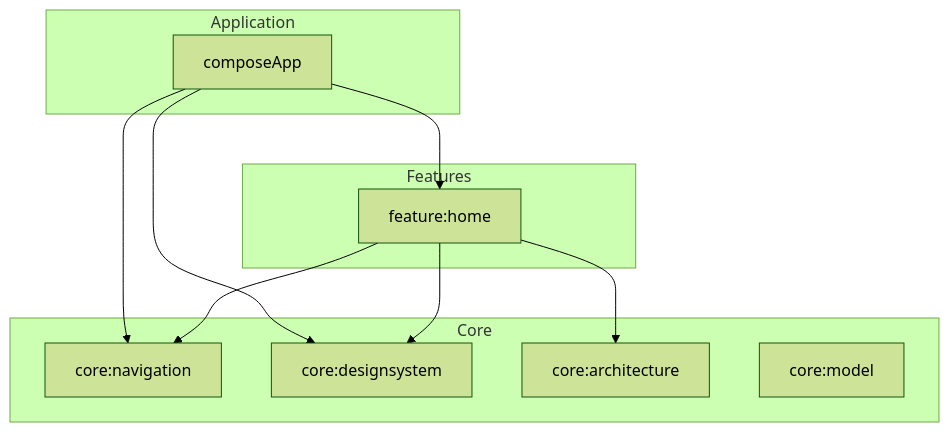
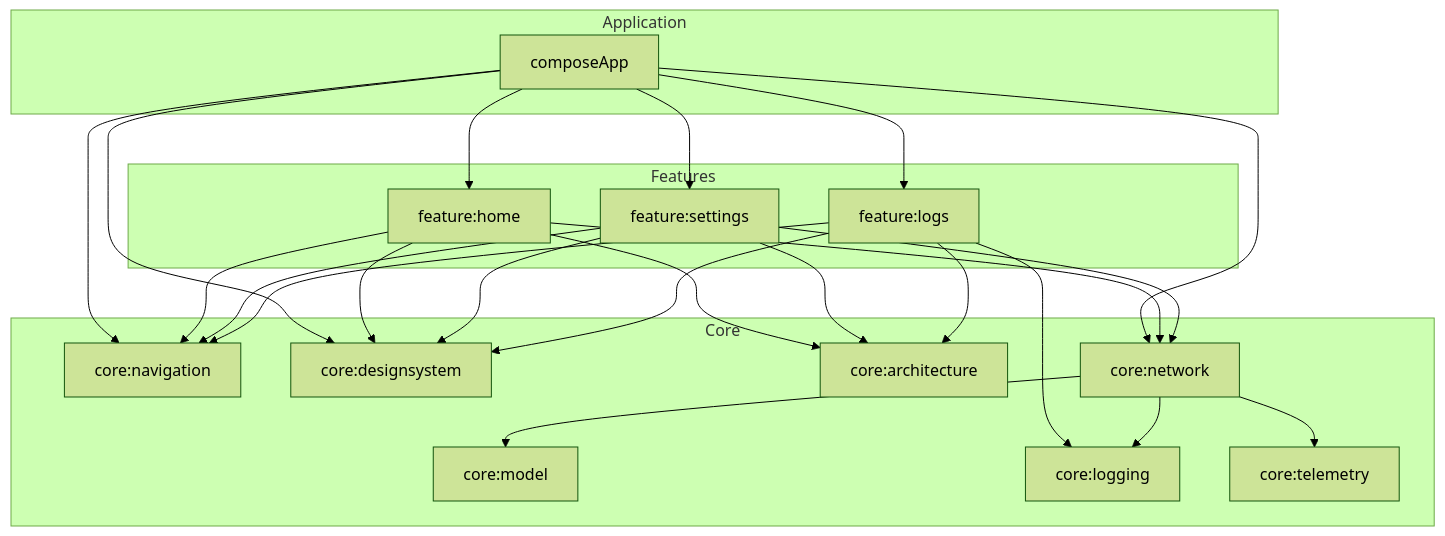
One commit to morphingcoffee/GameLauncher changed the first of 2 diagrams in README.md. Above: the diagram before and after it, drawn with Mermaid (forest theme). The commit also changed other lines of this file and 4 other files, not shown here.

First line of the commit message:
docs: refresh architecture READMEs and agent briefings (#79)

````diff
--- a/README.md
+++ b/README.md
@@ -164,24 +170,48 @@
 ```mermaid
 flowchart TB
   subgraph app_layer [Application]
     composeApp[composeApp]
   end
 
   subgraph feature_layer [Features]
     home[feature:home]
+    settings[feature:settings]
+    logs[feature:logs]
   end
 
   subgraph core_layer [Core]
     nav[core:navigation]
     design[core:designsystem]
     arch[core:architecture]
     model[core:model]
+    network[core:network]
+    logging[core:logging]
+    telemetry[core:telemetry]
   end
 
   composeApp --> home
+  composeApp --> settings
+  composeApp --> logs
   composeApp --> nav
   composeApp --> design
+  composeApp --> network
+
   home --> arch
   home --> design
   home --> nav
+  home --> network
+
+  settings --> arch
+  settings --> design
+  settings --> nav
+  settings --> network
+
+  logs --> arch
+  logs --> design
+  logs --> nav
+  logs --> logging
+
+  network --> model
+  network --> logging
+  network --> telemetry
 ```
````
